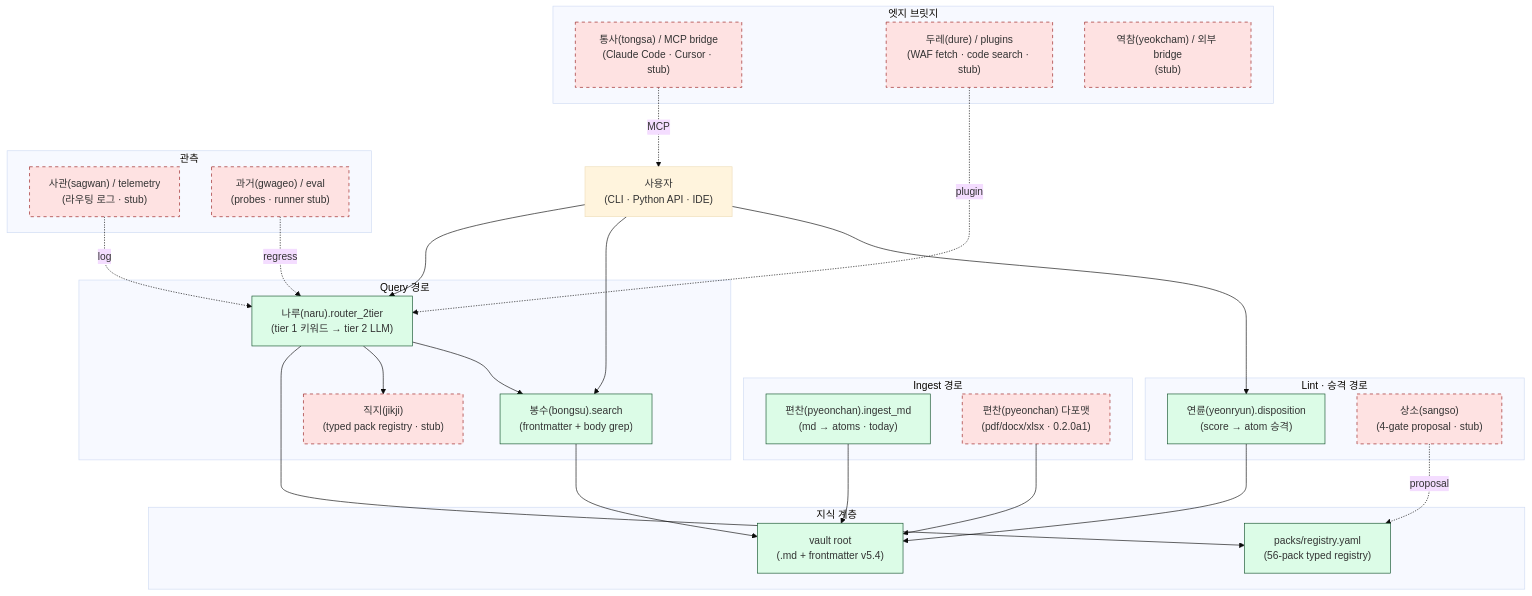
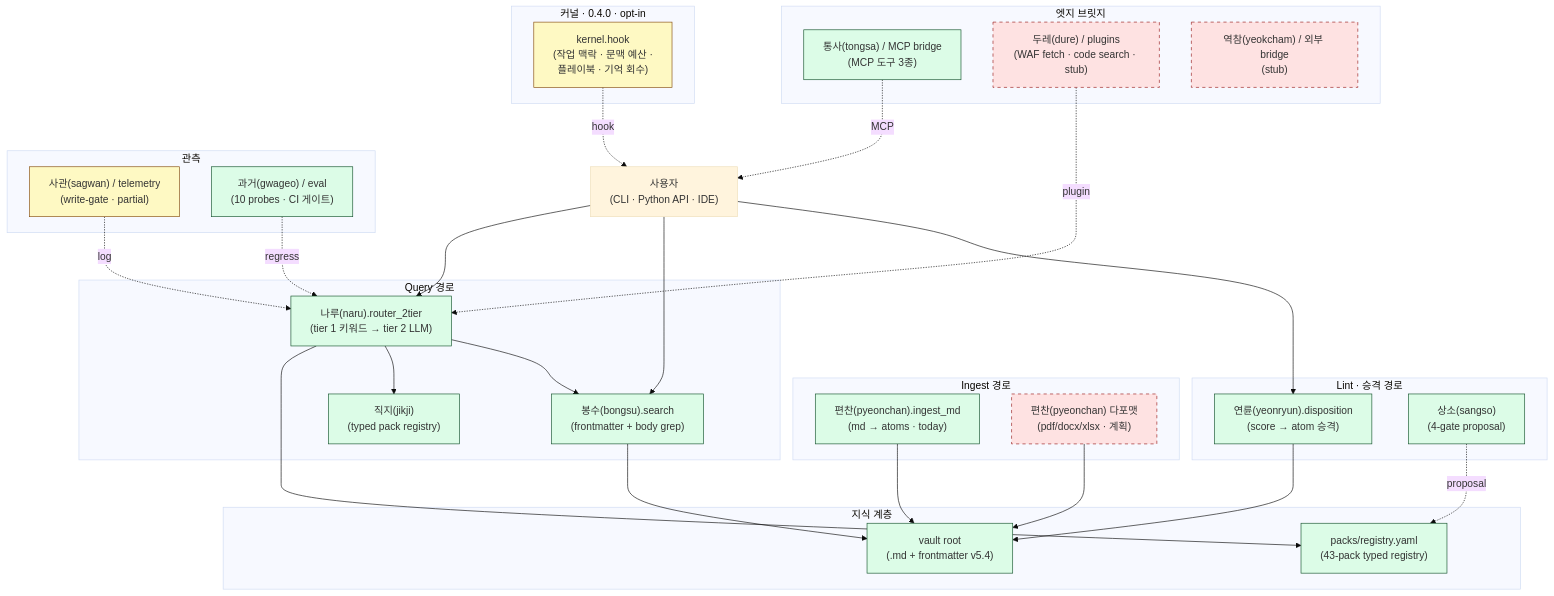
The second of 2 diagrams in README.ko.md (sillok-os/sillok), drawn with Mermaid (base theme) before and after one commit. The commit also changed other lines of this file and 8 other files, not shown here.

````diff
--- a/README.ko.md
+++ b/README.ko.md
@@ -87,57 +92,64 @@
 ```mermaid
 flowchart TB
     subgraph CORPUS["지식 계층"]
         VAULTROOT["vault root<br/>(.md + frontmatter v5.4)"]
-        REGISTRY["packs/registry.yaml<br/>(56-pack typed registry)"]
+        REGISTRY["packs/registry.yaml<br/>(43-pack typed registry)"]
     end
 
     subgraph INGEST["Ingest 경로"]
         PYEON["편찬(pyeonchan).ingest_md<br/>(md → atoms · today)"]
-        PYEON_F["편찬(pyeonchan) 다포맷<br/>(pdf/docx/xlsx · 0.2.0a1)"]
+        PYEON_F["편찬(pyeonchan) 다포맷<br/>(pdf/docx/xlsx · 계획)"]
     end
 
     subgraph QUERY["Query 경로"]
         BONGSU["봉수(bongsu).search<br/>(frontmatter + body grep)"]
         NARU["나루(naru).router_2tier<br/>(tier 1 키워드 → tier 2 LLM)"]
-        JIKJI["직지(jikji)<br/>(typed pack registry · stub)"]
+        JIKJI["직지(jikji)<br/>(typed pack registry)"]
     end
 
     subgraph LINT["Lint · 승격 경로"]
         YEON["연륜(yeonryun).disposition<br/>(score → atom 승격)"]
-        SANGSO["상소(sangso)<br/>(4-gate proposal · stub)"]
+        SANGSO["상소(sangso)<br/>(4-gate proposal)"]
     end
 
     subgraph OBS["관측"]
-        SAGWAN["사관(sagwan) / telemetry<br/>(라우팅 로그 · stub)"]
-        GWAGEO["과거(gwageo) / eval<br/>(probes · runner stub)"]
+        SAGWAN["사관(sagwan) / telemetry<br/>(write-gate · partial)"]
+        GWAGEO["과거(gwageo) / eval<br/>(10 probes · CI 게이트)"]
     end
 
     subgraph BRIDGES["엣지 브릿지"]
-        TONGSA["통사(tongsa) / MCP bridge<br/>(Claude Code · Cursor · stub)"]
+        TONGSA["통사(tongsa) / MCP bridge<br/>(MCP 도구 3종)"]
         DURE["두레(dure) / plugins<br/>(WAF fetch · code search · stub)"]
         YEOK["역참(yeokcham) / 외부 bridge<br/>(stub)"]
+    end
+
+    subgraph KERNEL_G["커널 · 0.4.0 · opt-in"]
+        KERNEL["kernel.hook<br/>(작업 맥락 · 문맥 예산 ·<br/>플레이북 · 기억 회수)"]
     end
 
     USER["사용자<br/>(CLI · Python API · IDE)"]
 
     USER --> NARU
     NARU --> REGISTRY
     NARU --> JIKJI
     NARU --> BONGSU
     BONGSU --> VAULTROOT
     USER --> BONGSU
     USER --> YEON
     YEON --> VAULTROOT
     PYEON --> VAULTROOT
     PYEON_F --> VAULTROOT
     SANGSO -.proposal.-> REGISTRY
     SAGWAN -.log.-> NARU
     GWAGEO -.regress.-> NARU
     TONGSA -.MCP.-> USER
     DURE -.plugin.-> NARU
+    KERNEL -.hook.-> USER
 
     classDef stub fill:#fee2e2,stroke:#991b1b,stroke-dasharray: 5 5
     classDef live fill:#dcfce7,stroke:#14532d
-    class BONGSU,NARU,YEON,PYEON,VAULTROOT,REGISTRY live
-    class JIKJI,SANGSO,SAGWAN,GWAGEO,TONGSA,DURE,YEOK,PYEON_F stub
+    classDef partial fill:#fef9c3,stroke:#854d0e
+    class BONGSU,NARU,YEON,PYEON,VAULTROOT,REGISTRY,JIKJI,SANGSO,GWAGEO,TONGSA live
+    class SAGWAN,KERNEL partial
+    class DURE,YEOK,PYEON_F stub
 ```
````
